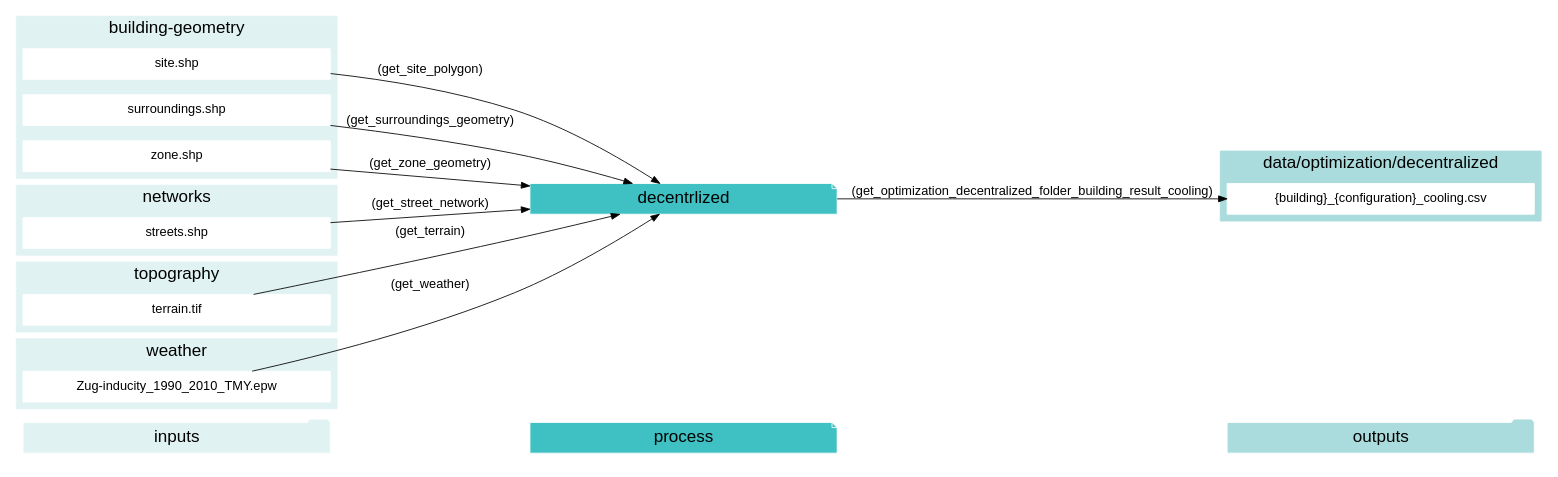
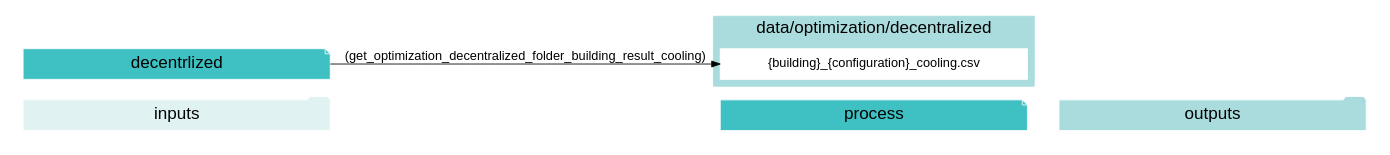
Diagram 11 of 23 in docs/script-data-flow.rst (architecture-building-systems/CityEnergyAnalyst), drawn with Graphviz before and after one commit. The commit also changed other lines of this file and 25 other files, not shown here.

Commit message:
cleaning up cea-doc graphviz

```diff
--- a/docs/script-data-flow.rst
+++ b/docs/script-data-flow.rst
@@ -958,68 +676,28 @@
 .. graphviz::
 
-    digraph trace_inputlocator {
+    digraph decentrlized {
     rankdir="LR";
     graph [overlap=false, fontname=arial];
     node [shape=box, style=filled, color=white, fontsize=15, fontname=arial, fixedsize=true, width=5];
     edge [fontname=arial, fontsize = 15]
     newrank=true
     subgraph cluster_legend {
     fontsize=25
     style=invis
     "process"[style=filled, fillcolor="#3FC0C2", shape=note, fontsize=20, fontname="arial"]
     "inputs" [style=filled, shape=folder, color=white, fillcolor="#E1F2F2", fontsize=20]
     "outputs"[style=filled, shape=folder, color=white, fillcolor="#aadcdd", fontsize=20]
     "inputs"->"process"[style=invis]
     "process"->"outputs"[style=invis]
     }
     "decentrlized"[style=filled, color=white, fillcolor="#3FC0C2", shape=note, fontsize=20, fontname=arial];
-    subgraph cluster_0_in {
-        style = filled;
-        color = "#E1F2F2";
-        fontsize = 20;
-        rank=same;
-        label="building-geometry";
-        "site.shp"
-        "surroundings.shp"
-        "zone.shp"
-    }
-    subgraph cluster_1_out {
+    subgraph cluster_0_out {
         style = filled;
         color = "#aadcdd";
         fontsize = 20;
         rank=same;
         label="data/optimization/decentralized";
         "{building}_{configuration}_cooling.csv"
     }
-    subgraph cluster_2_in {
-        style = filled;
-        color = "#E1F2F2";
-        fontsize = 20;
-        rank=same;
-        label="networks";
-        "streets.shp"
-    }
-    subgraph cluster_3_in {
-        style = filled;
-        color = "#E1F2F2";
-        fontsize = 20;
-        rank=same;
-        label="topography";
-        "terrain.tif"
-    }
-    subgraph cluster_4_in {
-        style = filled;
-        color = "#E1F2F2";
-        fontsize = 20;
-        rank=same;
-        label="weather";
-        "Zug-inducity_1990_2010_TMY.epw"
-    }
-    "site.shp" -> "decentrlized"[label="(get_site_polygon)"]
-    "streets.shp" -> "decentrlized"[label="(get_street_network)"]
-    "surroundings.shp" -> "decentrlized"[label="(get_surroundings_geometry)"]
-    "terrain.tif" -> "decentrlized"[label="(get_terrain)"]
-    "Zug-inducity_1990_2010_TMY.epw" -> "decentrlized"[label="(get_weather)"]
-    "zone.shp" -> "decentrlized"[label="(get_zone_geometry)"]
     "decentrlized" -> "{building}_{configuration}_cooling.csv"[label="(get_optimization_decentralized_folder_building_result_cooling)"]
     }
```
